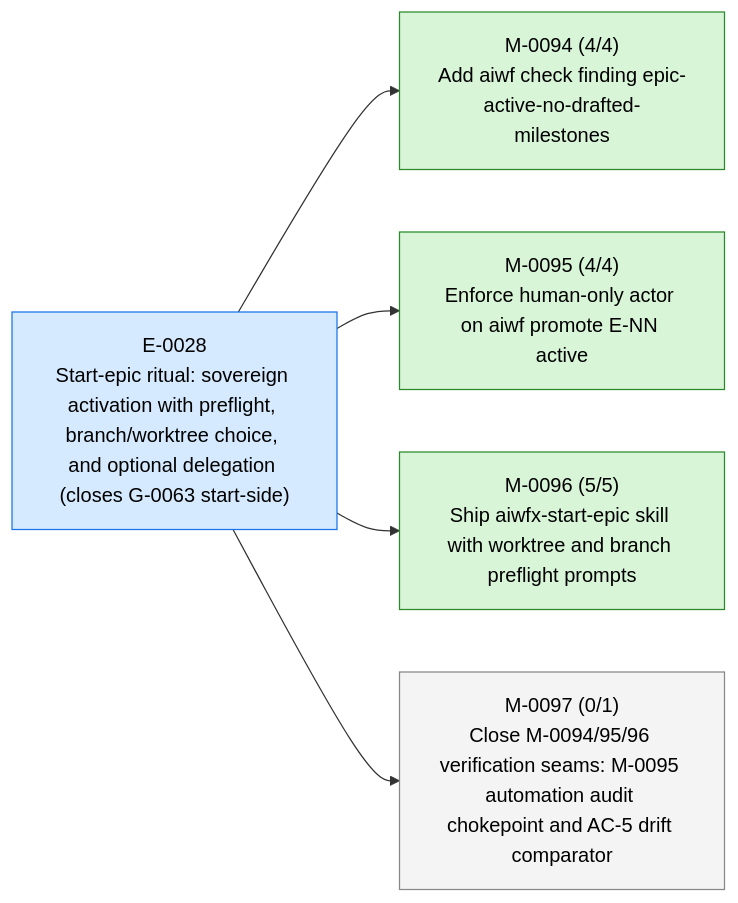
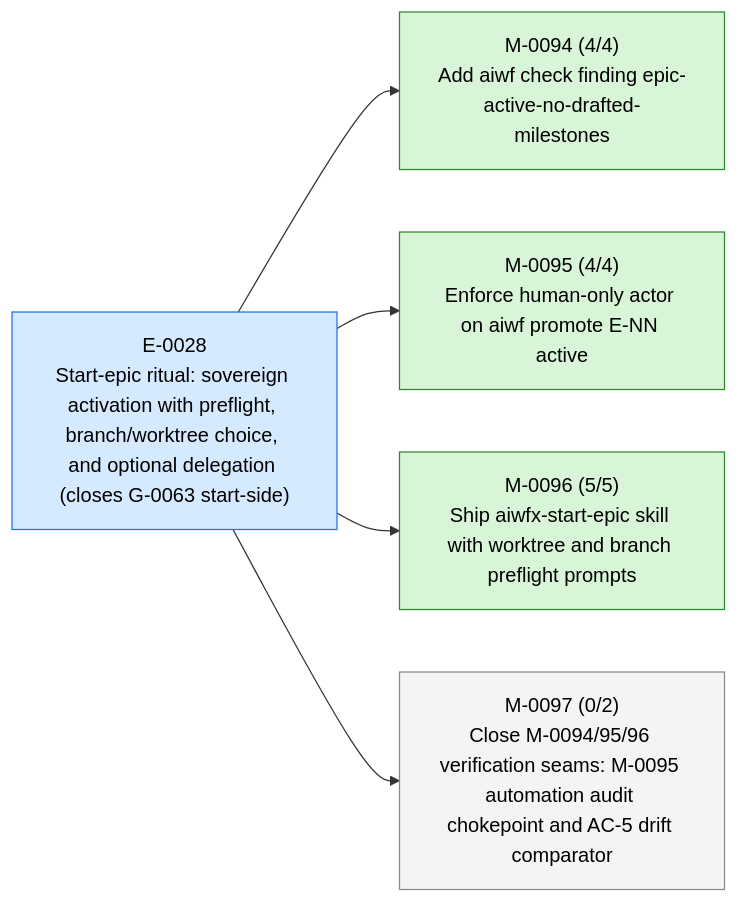
One commit to 23min/aiwf changed the first of 3 diagrams in STATUS.md. Above: the diagram before and after it, drawn with Mermaid. The commit also changed other lines of this file and 1 other file, not shown here.

First line of the commit message:
aiwf add ac M-0097/AC-2 "Drift comparator helper has synthetic two-arm test (match + drift)"

````diff
--- a/STATUS.md
+++ b/STATUS.md
@@ -16,18 +16,18 @@
 ```mermaid
 flowchart LR
   E_0028["E-0028<br/>Start-epic ritual: sovereign activation with preflight, branch/worktree choice, and optional delegation (closes G-0063 start-side)"]:::epic_active
   M_0094["M-0094 (4/4)<br/>Add aiwf check finding epic-active-no-drafted-milestones"]:::ms_done
   E_0028 --> M_0094
   M_0095["M-0095 (4/4)<br/>Enforce human-only actor on aiwf promote E-NN active"]:::ms_done
   E_0028 --> M_0095
   M_0096["M-0096 (5/5)<br/>Ship aiwfx-start-epic skill with worktree and branch preflight prompts"]:::ms_done
   E_0028 --> M_0096
-  M_0097["M-0097 (0/1)<br/>Close M-0094/95/96 verification seams: M-0095 automation audit chokepoint and AC-5 drift comparator"]:::ms_draft
+  M_0097["M-0097 (0/2)<br/>Close M-0094/95/96 verification seams: M-0095 automation audit chokepoint and AC-5 drift comparator"]:::ms_draft
   E_0028 --> M_0097
   classDef epic_active fill:#d6eaff,stroke:#1a73e8,color:#000
   classDef epic_proposed fill:#f4f4f4,stroke:#888,color:#000
   classDef ms_done fill:#d8f5d8,stroke:#2a8a2a,color:#000
   classDef ms_in_progress fill:#fff3c4,stroke:#caa400,color:#000
   classDef ms_draft fill:#f4f4f4,stroke:#888,color:#000
   classDef ms_cancelled fill:#fbeaea,stroke:#c33,color:#000
 ```
````
